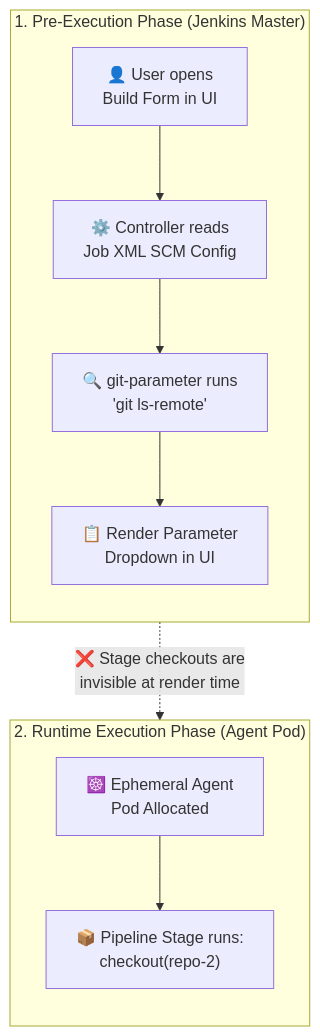
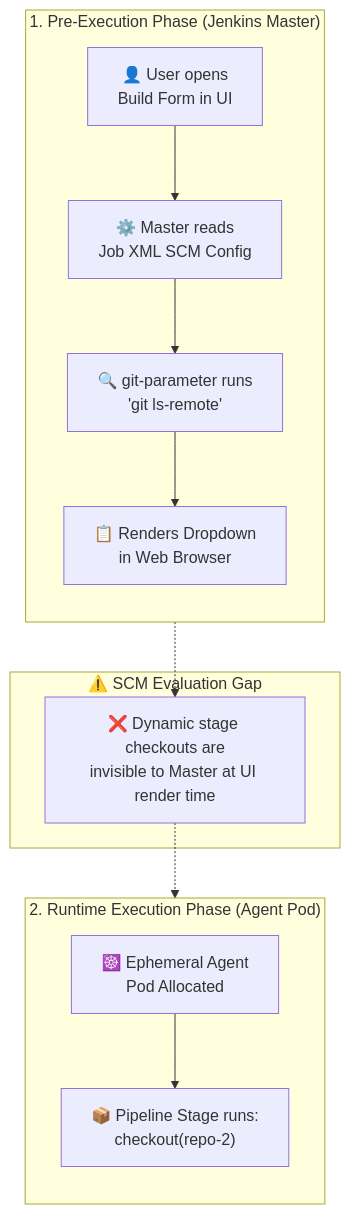
Before and after one commit to nubenetes/jenkins-git-parameter: the second of 10 diagrams in README.md, drawn with Mermaid.

Commit message:
fix(docs): replace inline edge label with dedicated callout node to eliminate text clipping in Mermaid

````diff
--- a/README.md
+++ b/README.md
@@ -171,24 +171,27 @@
 ```mermaid
 flowchart TB
     subgraph UI_Phase["1. Pre-Execution Phase (Jenkins Master)"]
         direction TB
         User["👤 User opens<br/>Build Form in UI"]
-        Master["⚙️ Controller reads<br/>Job XML SCM Config"]
+        Master["⚙️ Master reads<br/>Job XML SCM Config"]
         GitParam["🔍 git-parameter runs<br/>'git ls-remote'"]
-        Dropdown["📋 Render Parameter<br/>Dropdown in UI"]
+        Dropdown["📋 Renders Dropdown<br/>in Web Browser"]
 
-        User --> Master
-        Master --> GitParam
-        GitParam --> Dropdown
+        User --> Master --> GitParam --> Dropdown
+    end
+
+    subgraph BlindspotBox["⚠️ SCM Evaluation Gap"]
+        Gap["❌ Dynamic stage checkouts are<br/>invisible to Master at UI render time"]
     end
 
     subgraph Runtime_Phase["2. Runtime Execution Phase (Agent Pod)"]
         direction TB
         AllocAgent["☸️ Ephemeral Agent<br/>Pod Allocated"]
         RunStage["📦 Pipeline Stage runs:<br/>checkout(repo-2)"]
 
         AllocAgent --> RunStage
     end
 
-    Dropdown -.->|"❌ Stage checkouts are<br/>invisible at render time"| RunStage
+    Dropdown -.-> Gap
+    Gap -.-> RunStage
 ```
````
